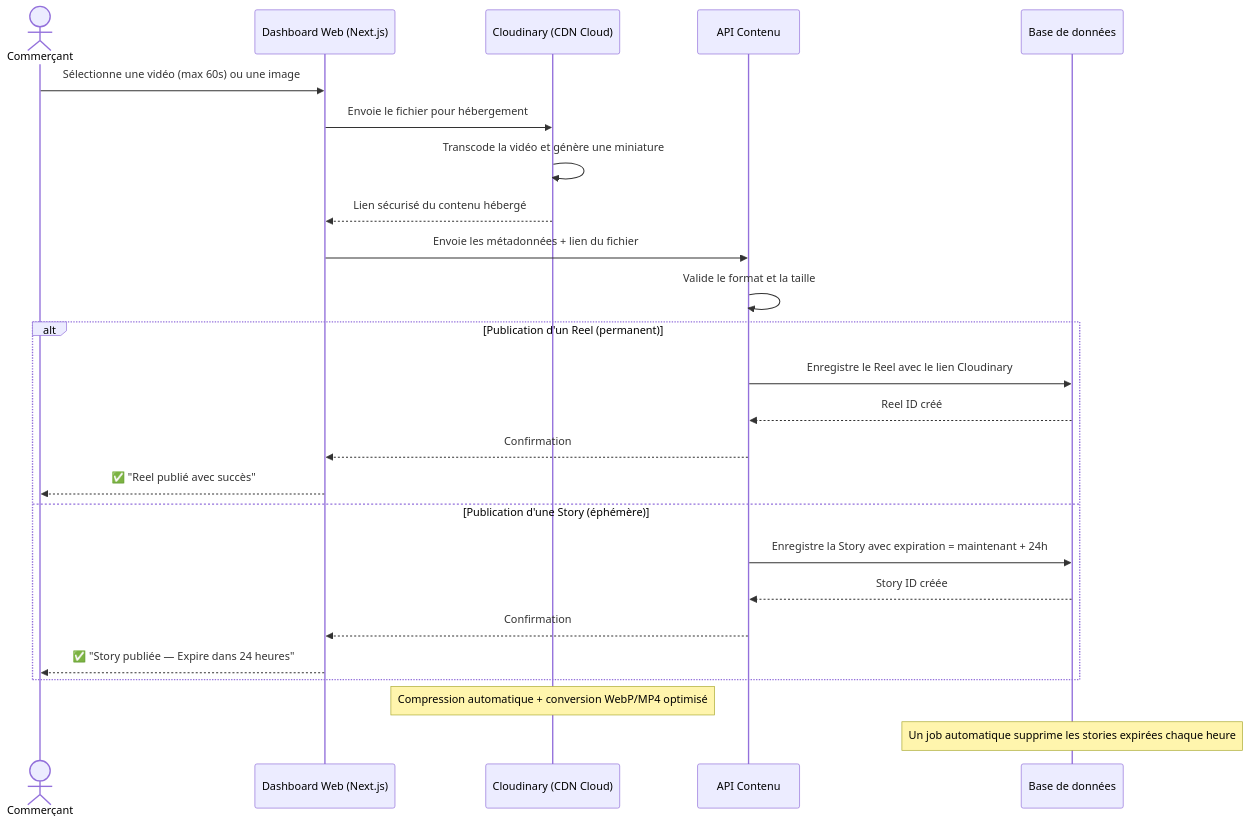
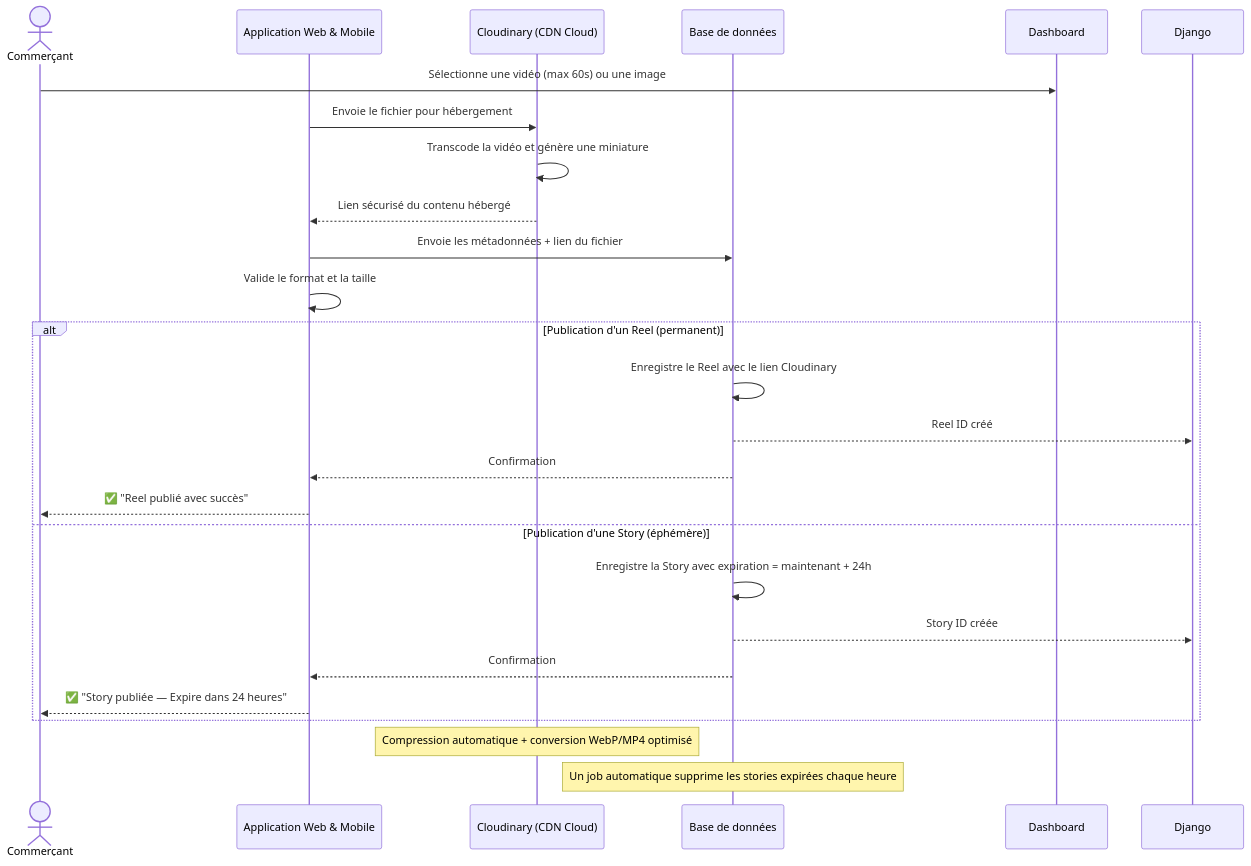
Before and after one commit to Abderrahmen1111/private-PFE-repos: diagram 22 of 34 in SEQUENCE_DIAGRAMS_WORD_FORMAT_OPTIMIZED.md, drawn with Mermaid. The commit also changed other lines of this file and 2 other files, not shown here.

Commit message:
docs: adapt sequence diagrams to Web/Mobile apps and Django SaaS Admin

````diff
--- a/SEQUENCE_DIAGRAMS_WORD_FORMAT_OPTIMIZED.md
+++ b/SEQUENCE_DIAGRAMS_WORD_FORMAT_OPTIMIZED.md
@@ -674,30 +672,30 @@
 ```mermaid
 sequenceDiagram
     actor Commerçant
-    participant Dashboard as Dashboard Web (Next.js)
+    participant App as Application Web & Mobile
     participant Cloudinary as Cloudinary (CDN Cloud)
-    participant Serveur as API Contenu
+    participant BD as Base de données (Supabase)
     participant BD as Base de données
 
     Commerçant->>Dashboard: Sélectionne une vidéo (max 60s) ou une image
-    Dashboard->>Cloudinary: Envoie le fichier pour hébergement
+    App->>Cloudinary: Envoie le fichier pour hébergement
     Cloudinary->>Cloudinary: Transcode la vidéo et génère une miniature
-    Cloudinary-->>Dashboard: Lien sécurisé du contenu hébergé
-    Dashboard->>Serveur: Envoie les métadonnées + lien du fichier
-    Serveur->>Serveur: Valide le format et la taille
+    Cloudinary-->>App: Lien sécurisé du contenu hébergé
+    App->>BD: Envoie les métadonnées + lien du fichier
+    App->>App: Valide le format et la taille
 
     alt Publication d'un Reel (permanent)
-        Serveur->>BD: Enregistre le Reel avec le lien Cloudinary
-        BD-->>Serveur: Reel ID créé
-        Serveur-->>Dashboard: Confirmation
-        Dashboard-->>Commerçant: ✅ "Reel publié avec succès"
+        BD->>BD: Enregistre le Reel avec le lien Cloudinary
+        BD-->>Django: Reel ID créé
+        BD-->>App: Confirmation
+        App-->>Commerçant: ✅ "Reel publié avec succès"
     else Publication d'une Story (éphémère)
-        Serveur->>BD: Enregistre la Story avec expiration = maintenant + 24h
-        BD-->>Serveur: Story ID créée
-        Serveur-->>Dashboard: Confirmation
-        Dashboard-->>Commerçant: ✅ "Story publiée — Expire dans 24 heures"
+        BD->>BD: Enregistre la Story avec expiration = maintenant + 24h
+        BD-->>Django: Story ID créée
+        BD-->>App: Confirmation
+        App-->>Commerçant: ✅ "Story publiée — Expire dans 24 heures"
     end
 
     Note over Cloudinary: Compression automatique + conversion WebP/MP4 optimisé
     Note over BD: Un job automatique supprime les stories expirées chaque heure
 ```
````
